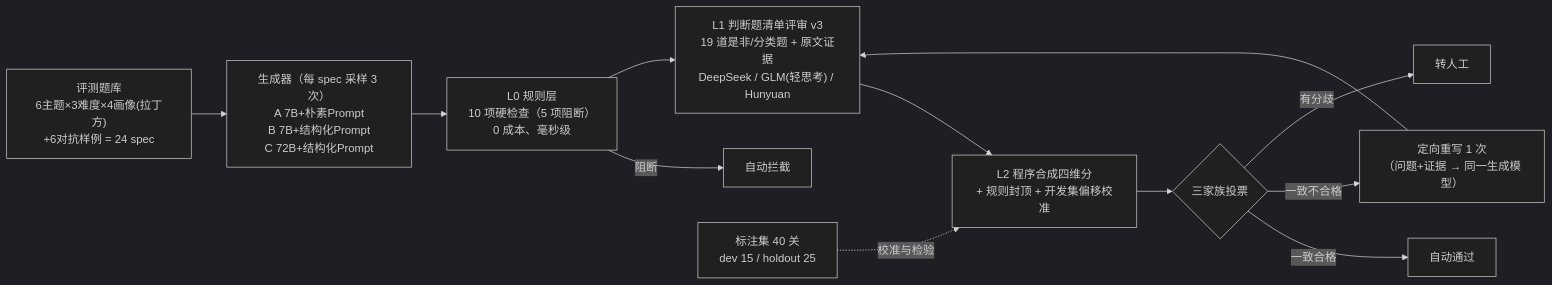
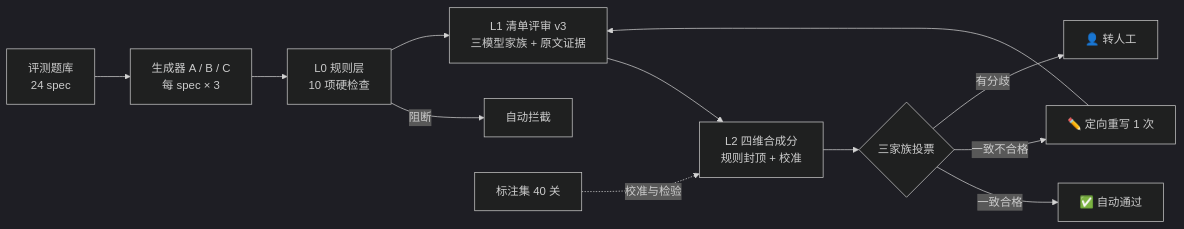
Before and after one commit to felix6328/ieg-level-eval: the diagram in README.md, drawn with Mermaid (dark theme). The commit also changed other lines of this file and 10 other files, not shown here.

````diff
--- a/README.md
+++ b/README.md
@@ -15,14 +69,14 @@
 ```mermaid
 flowchart LR
-  S["评测题库<br/>6主题×3难度×4画像(拉丁方)<br/>+6对抗样例 = 24 spec"] --> G["生成器（每 spec 采样 3 次）<br/>A 7B+朴素Prompt<br/>B 7B+结构化Prompt<br/>C 72B+结构化Prompt"]
-  G --> R["L0 规则层<br/>10 项硬检查（5 项阻断）<br/>0 成本、毫秒级"]
+  S["评测题库<br/>24 spec"] --> G["生成器 A / B / C<br/>每 spec × 3"]
+  G --> R["L0 规则层<br/>10 项硬检查"]
   R -->|阻断| X["自动拦截"]
-  R --> J["L1 判断题清单评审 v3<br/>19 道是非/分类题 + 原文证据<br/>DeepSeek / GLM(轻思考) / Hunyuan"]
-  J --> F["L2 程序合成四维分<br/>+ 规则封顶 + 开发集偏移校准"]
+  R --> J["L1 清单评审 v3<br/>三模型家族 + 原文证据"]
+  J --> F["L2 四维合成分<br/>规则封顶 + 校准"]
   F --> T{"三家族投票"}
-  T -->|一致合格| P["自动通过"]
-  T -->|一致不合格| W["定向重写 1 次<br/>（问题+证据 → 同一生成模型）"]
-  T -->|有分歧| H["转人工"]
+  T -->|一致合格| P["✅ 自动通过"]
+  T -->|一致不合格| W["✏️ 定向重写 1 次"]
+  T -->|有分歧| H["👤 转人工"]
   W --> J
-  L["标注集 40 关<br/>dev 15 / holdout 25"] -. 校准与检验 .-> F
+  L["标注集 40 关"] -. 校准与检验 .-> F
 ```
````
